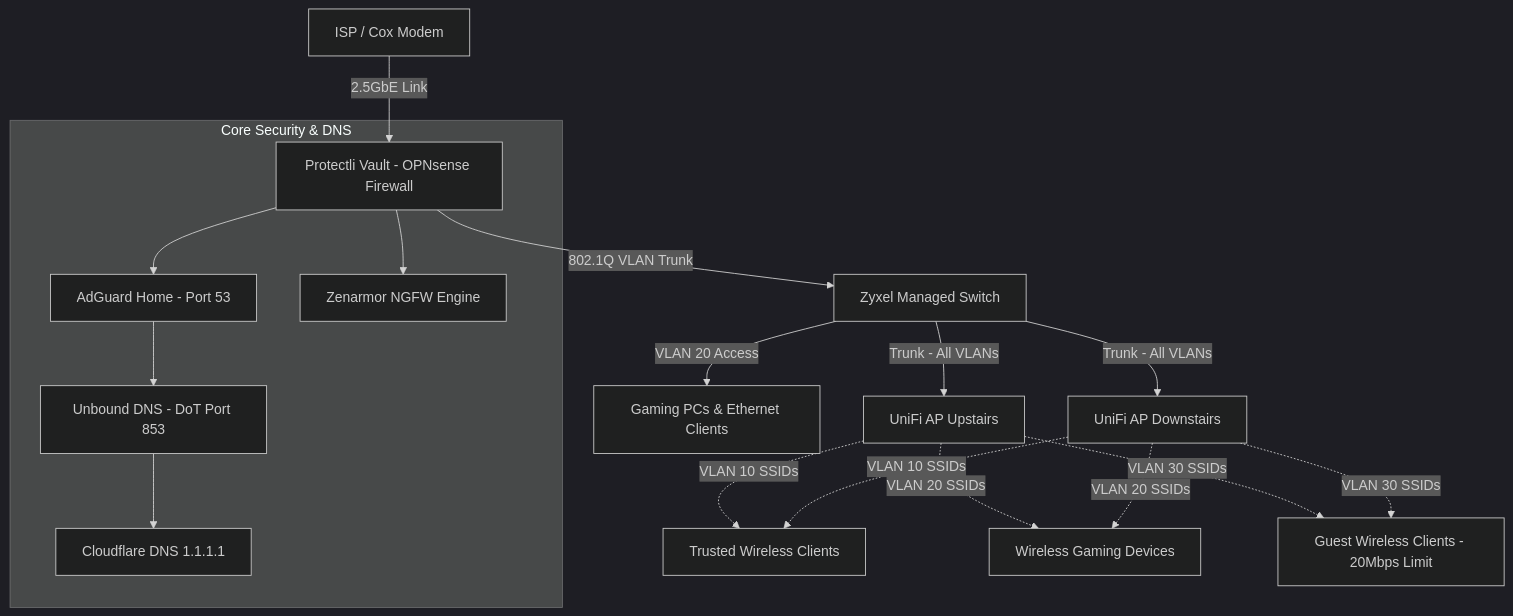
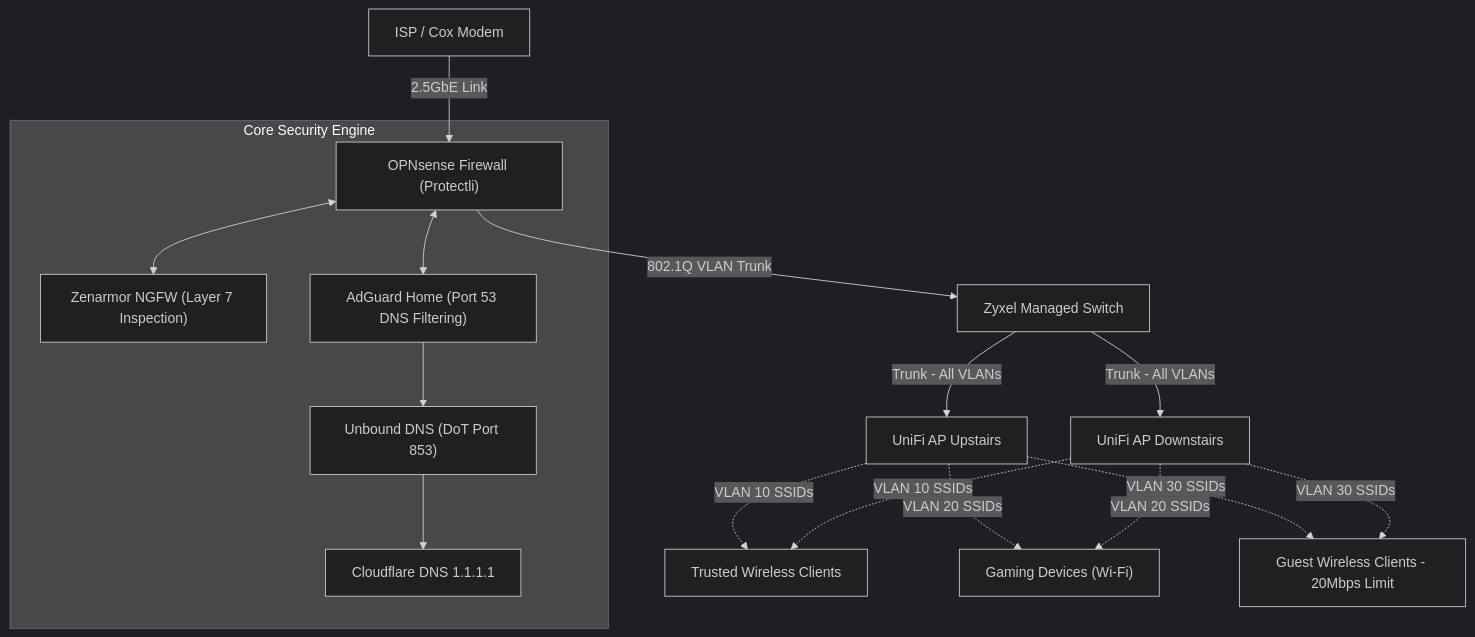
One commit to vursoir/homelab-network-infrastructure changed the diagram in README.md. Above: the diagram before and after it, drawn with Mermaid (dark theme). The commit also changed other lines of this file, not shown here.

````diff
--- a/README.md
+++ b/README.md
@@ -17,24 +17,23 @@
 ```mermaid
 graph TD
-    WAN["ISP / Cox Modem"] -->|2.5GbE Link| FW["Protectli Vault - OPNsense Firewall"]
-    
-    subgraph "Core Security & DNS"
-        FW --> AGH["AdGuard Home - Port 53"]
-        AGH --> UNB["Unbound DNS - DoT Port 853"]
+    WAN["ISP / Cox Modem"] -->|2.5GbE Link| FW["OPNsense Firewall (Protectli)"]
+
+    subgraph "Core Security Engine"
+        FW <--> ZEN["Zenarmor NGFW (Layer 7 Inspection)"]
+        FW <--> AGH["AdGuard Home (Port 53 DNS Filtering)"]
+        AGH --> UNB["Unbound DNS (DoT Port 853)"]
         UNB --> CF["Cloudflare DNS 1.1.1.1"]
-        FW --> ZEN["Zenarmor NGFW Engine"]
     end
 
     FW -->|802.1Q VLAN Trunk| SW["Zyxel Managed Switch"]
 
     SW -->|Trunk - All VLANs| AP1["UniFi AP Upstairs"]
     SW -->|Trunk - All VLANs| AP2["UniFi AP Downstairs"]
-    SW -->|VLAN 20 Access| PC["Gaming PCs & Ethernet Clients"]
 
     AP1 -.->|VLAN 10 SSIDs| W1["Trusted Wireless Clients"]
     AP2 -.->|VLAN 10 SSIDs| W1
-    AP1 -.->|VLAN 20 SSIDs| W2["Wireless Gaming Devices"]
+    AP1 -.->|VLAN 20 SSIDs| W2["Gaming Devices (Wi-Fi)"]
     AP2 -.->|VLAN 20 SSIDs| W2
     AP1 -.->|VLAN 30 SSIDs| W3["Guest Wireless Clients - 20Mbps Limit"]
     AP2 -.->|VLAN 30 SSIDs| W3
    ``` 
````
